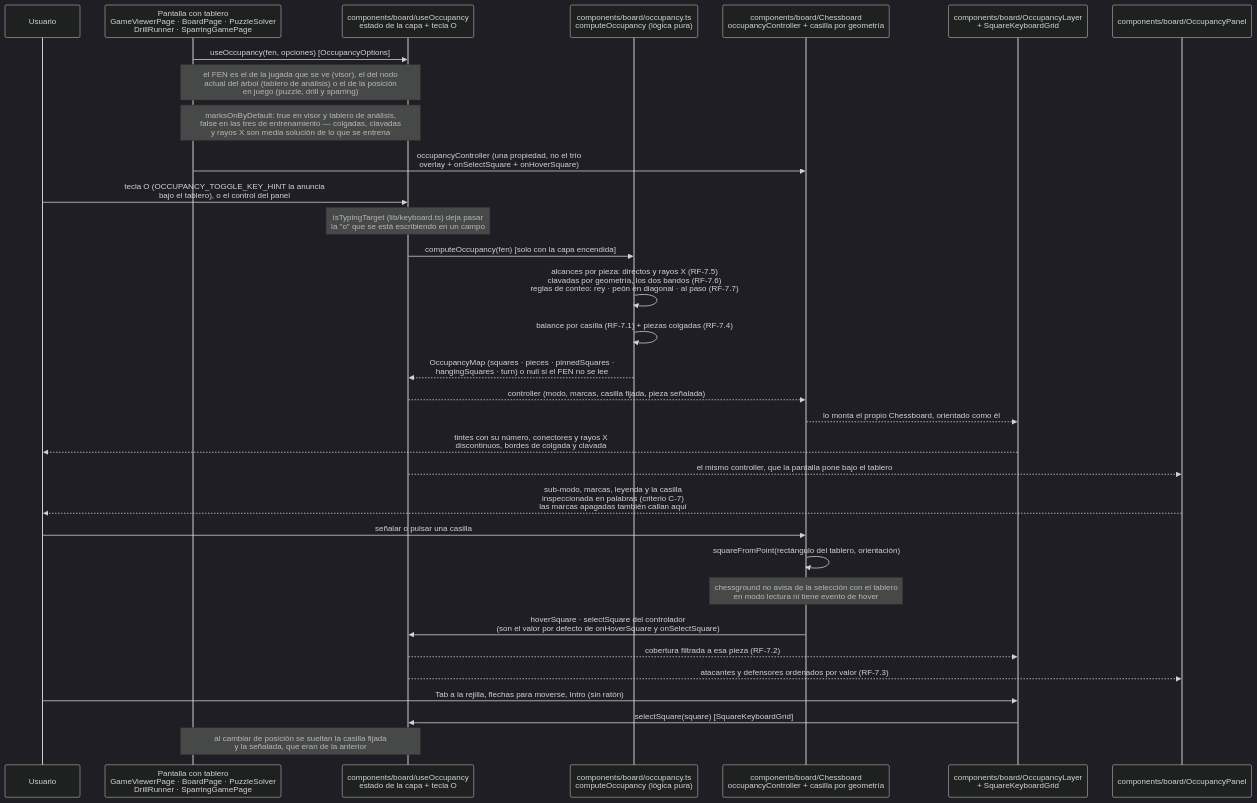
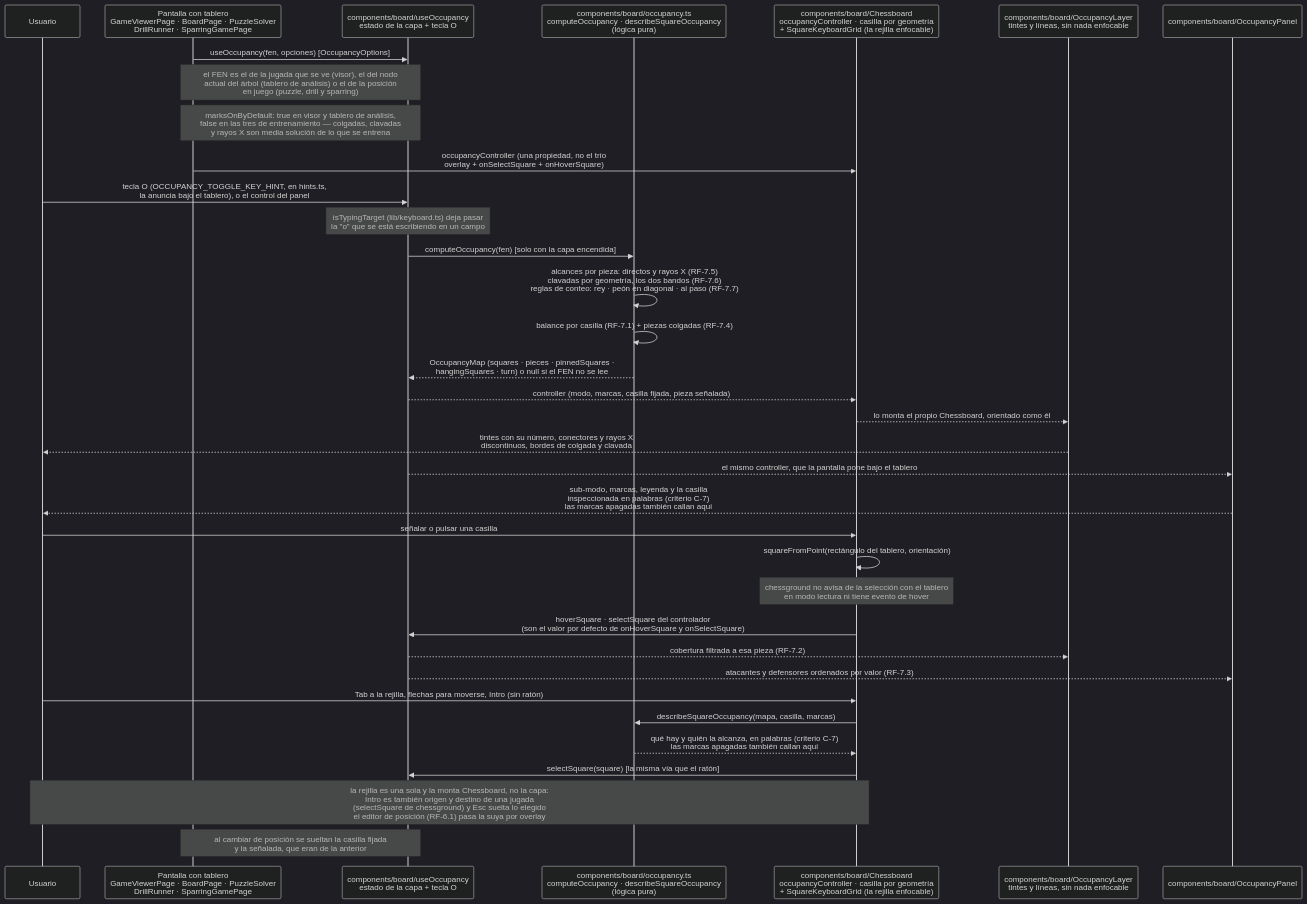
Before and after one commit to SirJsus/LUCIA: diagram 12 of 21 in docs/06-mapa-del-proyecto.md, drawn with Mermaid (dark theme). The commit also changed other lines of this file and 50 other files, not shown here.

````diff
--- a/docs/06-mapa-del-proyecto.md
+++ b/docs/06-mapa-del-proyecto.md
@@ -1148,38 +1198,41 @@
 ```mermaid
 sequenceDiagram
     participant U as Usuario
     participant P as Pantalla con tablero<br/>GameViewerPage · BoardPage · PuzzleSolver<br/>DrillRunner · SparringGamePage
     participant H as components/board/useOccupancy<br/>estado de la capa + tecla O
-    participant OC as components/board/occupancy.ts<br/>computeOccupancy (lógica pura)
-    participant CB as components/board/Chessboard<br/>occupancyController + casilla por geometría
-    participant LY as components/board/OccupancyLayer<br/>+ SquareKeyboardGrid
+    participant OC as components/board/occupancy.ts<br/>computeOccupancy · describeSquareOccupancy<br/>(lógica pura)
+    participant CB as components/board/Chessboard<br/>occupancyController · casilla por geometría<br/>+ SquareKeyboardGrid (la rejilla enfocable)
+    participant LY as components/board/OccupancyLayer<br/>tintes y líneas, sin nada enfocable
     participant PN as components/board/OccupancyPanel
 
     P->>H: useOccupancy(fen, opciones) [OccupancyOptions]
     Note over P,H: el FEN es el de la jugada que se ve (visor), el del nodo<br/>actual del árbol (tablero de análisis) o el de la posición<br/>en juego (puzzle, drill y sparring)
     Note over P,H: marksOnByDefault: true en visor y tablero de análisis,<br/>false en las tres de entrenamiento — colgadas, clavadas<br/>y rayos X son media solución de lo que se entrena
     P->>CB: occupancyController (una propiedad, no el trío<br/>overlay + onSelectSquare + onHoverSquare)
-    U->>H: tecla O (OCCUPANCY_TOGGLE_KEY_HINT la anuncia<br/>bajo el tablero), o el control del panel
+    U->>H: tecla O (OCCUPANCY_TOGGLE_KEY_HINT, en hints.ts,<br/>la anuncia bajo el tablero), o el control del panel
     Note over H: isTypingTarget (lib/keyboard.ts) deja pasar<br/>la "o" que se está escribiendo en un campo
     H->>OC: computeOccupancy(fen) [solo con la capa encendida]
     OC->>OC: alcances por pieza: directos y rayos X (RF-7.5)<br/>clavadas por geometría, los dos bandos (RF-7.6)<br/>reglas de conteo: rey · peón en diagonal · al paso (RF-7.7)
     OC->>OC: balance por casilla (RF-7.1) + piezas colgadas (RF-7.4)
     OC-->>H: OccupancyMap (squares · pieces · pinnedSquares ·<br/>hangingSquares · turn) o null si el FEN no se lee
     H-->>CB: controller (modo, marcas, casilla fijada, pieza señalada)
     CB-->>LY: lo monta el propio Chessboard, orientado como él
     LY-->>U: tintes con su número, conectores y rayos X<br/>discontinuos, bordes de colgada y clavada
     H-->>PN: el mismo controller, que la pantalla pone bajo el tablero
     PN-->>U: sub-modo, marcas, leyenda y la casilla<br/>inspeccionada en palabras (criterio C-7)<br/>las marcas apagadas también callan aquí
 
     U->>CB: señalar o pulsar una casilla
     CB->>CB: squareFromPoint(rectángulo del tablero, orientación)
     Note over CB: chessground no avisa de la selección con el tablero<br/>en modo lectura ni tiene evento de hover
     CB->>H: hoverSquare · selectSquare del controlador<br/>(son el valor por defecto de onHoverSquare y onSelectSquare)
     H-->>LY: cobertura filtrada a esa pieza (RF-7.2)
     H-->>PN: atacantes y defensores ordenados por valor (RF-7.3)
 
-    U->>LY: Tab a la rejilla, flechas para moverse, Intro (sin ratón)
-    LY->>H: selectSquare(square) [SquareKeyboardGrid]
+    U->>CB: Tab a la rejilla, flechas para moverse, Intro (sin ratón)
+    CB->>OC: describeSquareOccupancy(mapa, casilla, marcas)
+    OC-->>CB: qué hay y quién la alcanza, en palabras (criterio C-7)<br/>las marcas apagadas también callan aquí
+    CB->>H: selectSquare(square) [la misma vía que el ratón]
+    Note over U,CB: la rejilla es una sola y la monta Chessboard, no la capa:<br/>Intro es también origen y destino de una jugada<br/>(selectSquare de chessground) y Esc suelta lo elegido<br/>el editor de posición (RF-6.1) pasa la suya por overlay
 
     Note over P,H: al cambiar de posición se sueltan la casilla fijada<br/>y la señalada, que eran de la anterior
 ```
````
